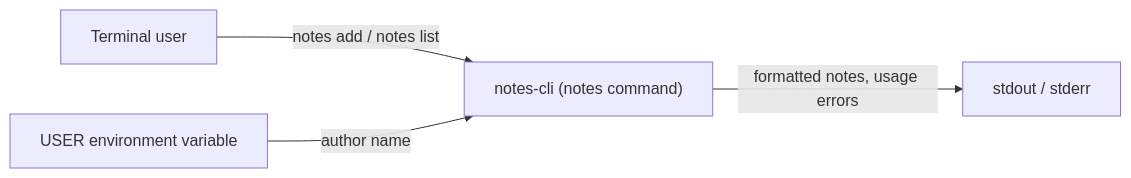
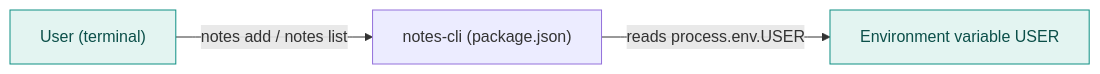
One commit to hxxnn/codemap changed the first of 3 diagrams in examples/ts-notes-cli/docs/codemap/architecture.md. Above: the diagram before and after it, drawn with Mermaid. The commit also changed other lines of this file and 35 other files, not shown here.

````diff
--- a/examples/ts-notes-cli/docs/codemap/architecture.md
+++ b/examples/ts-notes-cli/docs/codemap/architecture.md
@@ -18,10 +16,9 @@
 ```mermaid
 flowchart LR
-  user["Terminal user"]
-  sys["notes-cli (notes command)"]
-  env["USER environment variable"]
-  out["stdout / stderr"]
-  user -->|"notes add / notes list"| sys
-  env -->|"author name"| sys
-  sys -->|"formatted notes, usage errors"| out
+  n1["User (terminal)"]:::external
+  n2["notes-cli (package.json)"]
+  n3["Environment variable USER"]:::external
+  n1 -->|"notes add / notes list"| n2
+  n2 -->|"reads process.env.USER"| n3
+  classDef external fill:#E3F4F1,stroke:#0E8F83,color:#0B4F49
 ```
````
